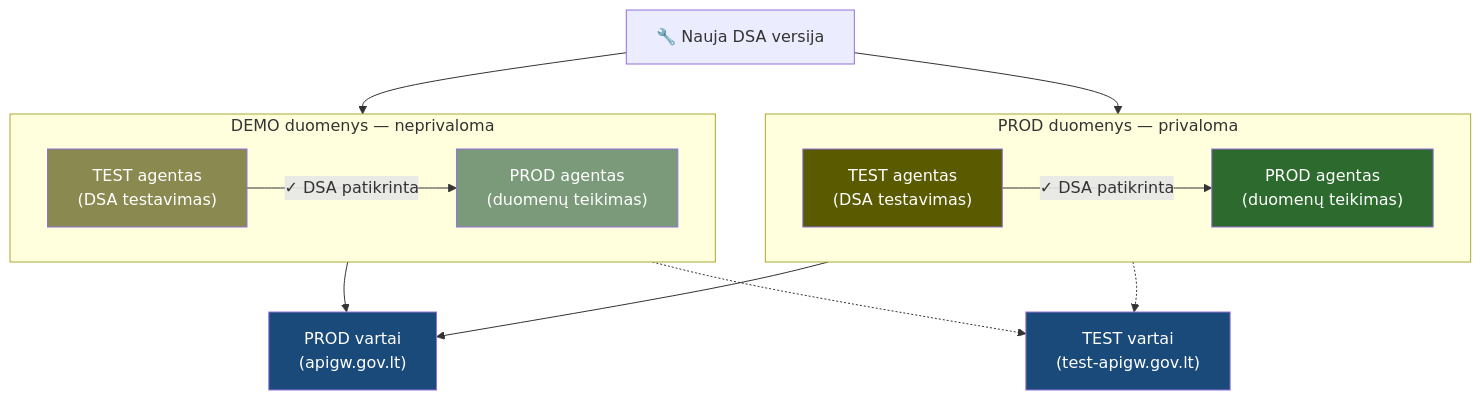
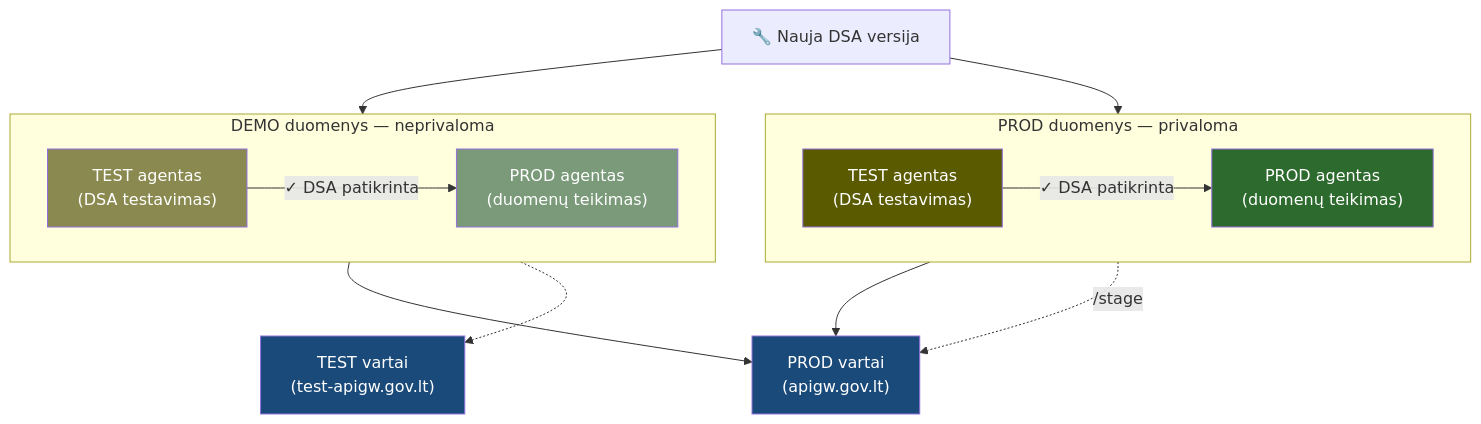
The second of 3 diagrams in docs/lt/agentas/index.md (atviriduomenys/spinta), drawn with Mermaid before and after one commit. The commit also changed other lines of this file and 3 other files, not shown here.

First line of the commit message:
Dokumentacija: TEST agentas su PROD duomenimis jungiamas prie PROD vartu (/stage)

````diff
--- a/docs/lt/agentas/index.md
+++ b/docs/lt/agentas/index.md
@@ -78,33 +87,33 @@
 ```{mermaid}
 flowchart TD
     DSA["🔧 Nauja DSA versija"]
 
     subgraph PROD_DATA["PROD duomenys — privaloma"]
         direction LR
         TA1["TEST agentas<br/>(DSA testavimas)"]
         PA1["PROD agentas<br/>(duomenų teikimas)"]
         TA1 -->|"✓ DSA patikrinta"| PA1
     end
 
     subgraph DEMO_DATA["DEMO duomenys — neprivaloma"]
         direction LR
         TA2["TEST agentas<br/>(DSA testavimas)"]
         PA2["PROD agentas<br/>(duomenų teikimas)"]
         TA2 -->|"✓ DSA patikrinta"| PA2
     end
 
     DSA --> TA1
     DSA --> TA2
 
     PA1 --> GW["PROD vartai<br/>(apigw.gov.lt)"]
     PA2 --> GW
-    TA1 -.-> TGW["TEST vartai<br/>(test-apigw.gov.lt)"]
-    TA2 -.-> TGW
+    TA1 -.->|"/stage"| GW
+    TA2 -.-> TGW["TEST vartai<br/>(test-apigw.gov.lt)"]
 
     style PA1 fill:#2d6a2d,color:#fff
     style TA1 fill:#5a5a00,color:#fff
     style GW fill:#1a4a7a,color:#fff
     style TGW fill:#1a4a7a,color:#fff
     style PA2 fill:#7a9a7a,color:#fff
     style TA2 fill:#8a8a50,color:#fff
 ```
````
